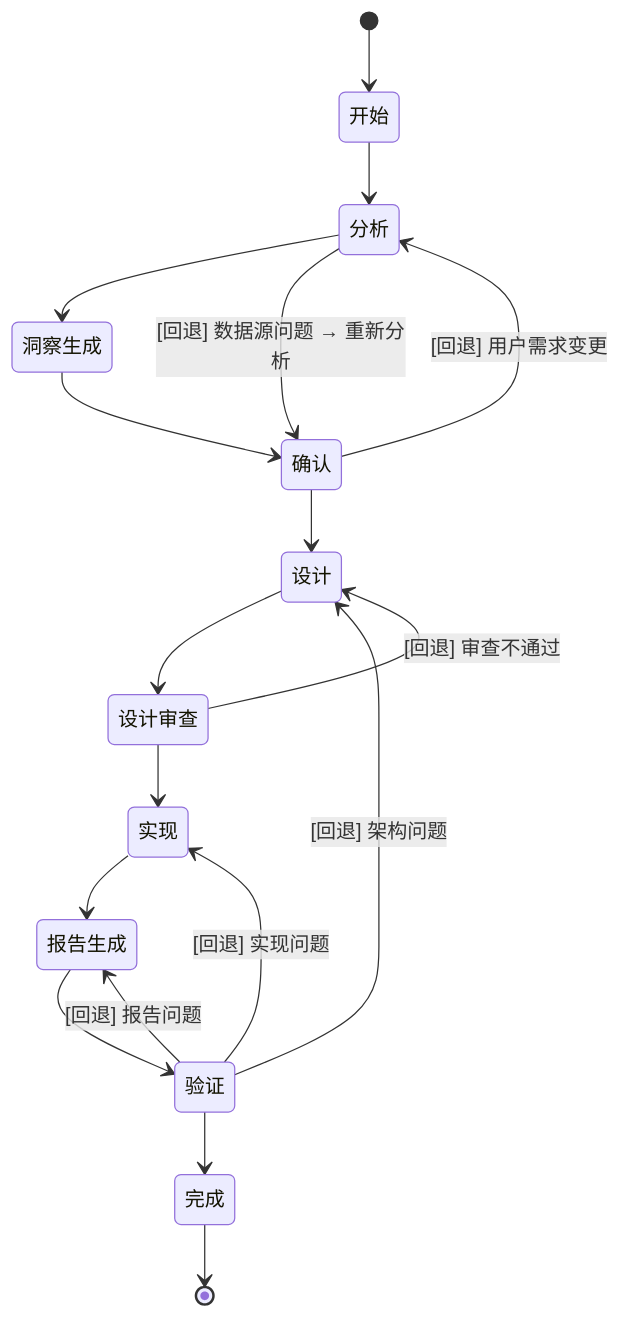
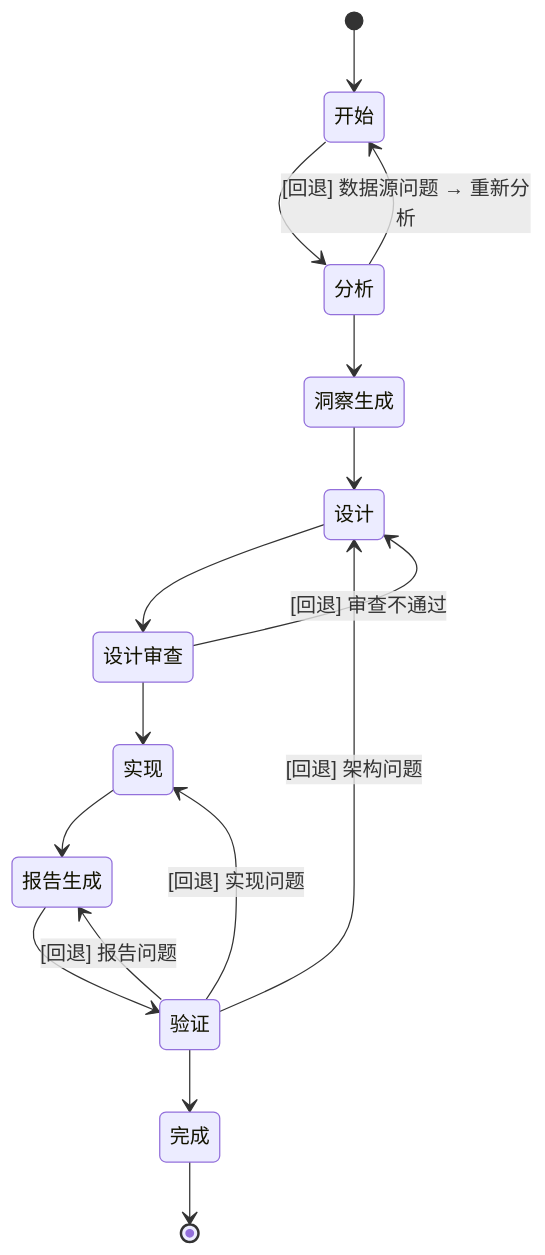
Before and after one commit to songzhou666/conspect: the diagram in SKILL.md, drawn with Mermaid. The commit also changed other lines of this file and 19 other files, not shown here.

````diff
--- a/SKILL.md
+++ b/SKILL.md
@@ -374,21 +386,19 @@
 ```mermaid
 stateDiagram-v2
     [*] --> 开始
     开始 --> 分析
     分析 --> 洞察生成
-    洞察生成 --> 确认
-    确认 --> 设计
+    洞察生成 --> 设计
     设计 --> 设计审查
     设计审查 --> 实现
     实现 --> 报告生成
     报告生成 --> 验证
     验证 --> 完成
     完成 --> [*]
 
-    分析 --> 确认: [回退] 数据源问题 → 重新分析
-    确认 --> 分析: [回退] 用户需求变更
+    分析 --> 开始: [回退] 数据源问题 → 重新分析
     设计审查 --> 设计: [回退] 审查不通过
     验证 --> 设计: [回退] 架构问题
     验证 --> 实现: [回退] 实现问题
     验证 --> 报告生成: [回退] 报告问题
 ```
````
